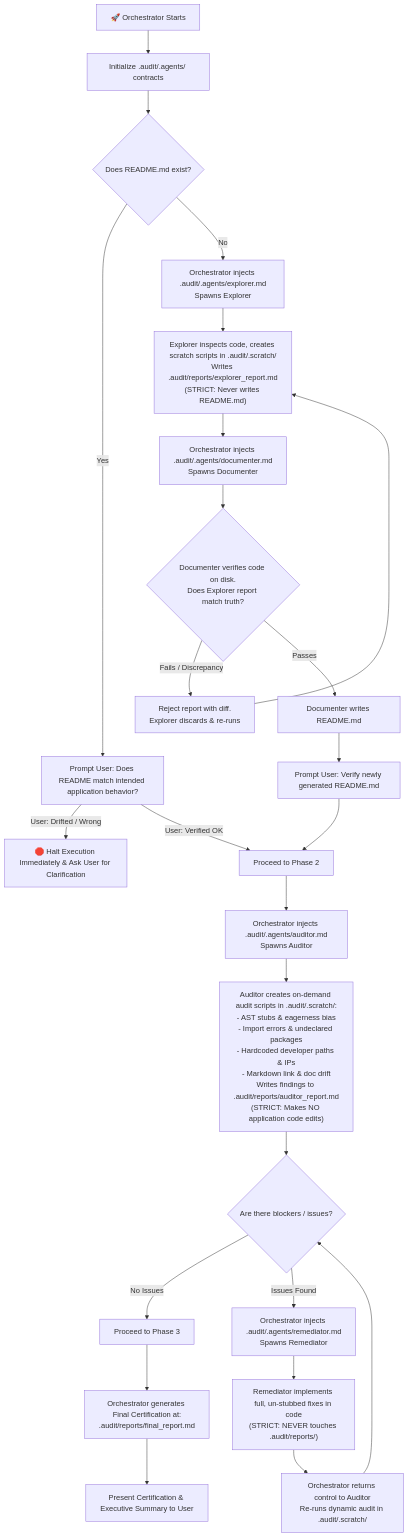
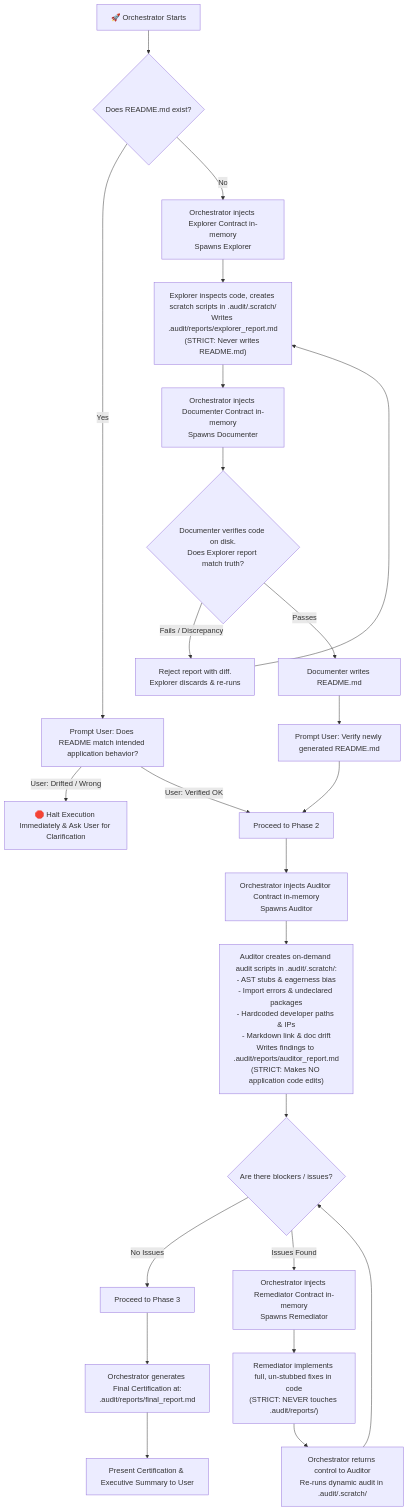
One commit to subhasishsaha/repo-push-skill changed the diagram in skills/repo-push/SKILL.md. Above: the diagram before and after it, drawn with Mermaid. The commit also changed other lines of this file and 2 other files, not shown here.

Commit message:
refactor: inject subagent behavioral contracts in-memory to prevent .audit/.agents/ disk clutter

````diff
--- a/skills/repo-push/SKILL.md
+++ b/skills/repo-push/SKILL.md
@@ -36,34 +29,33 @@
 ```mermaid
 flowchart TD
-    Start["🚀 Orchestrator Starts"] --> InitAgents["Initialize .audit/.agents/ contracts"]
-    InitAgents --> CheckReadme{"Does README.md exist?"}
+    Start["🚀 Orchestrator Starts"] --> CheckReadme{"Does README.md exist?"}
     
     %% Phase 1
     CheckReadme -->|Yes| VerifyWithUser["Prompt User: Does README match intended application behavior?"]
     VerifyWithUser -->|User: Drifted / Wrong| HaltUser["🛑 Halt Execution Immediately & Ask User for Clarification"]
     VerifyWithUser -->|User: Verified OK| Phase2["Proceed to Phase 2"]
     
-    CheckReadme -->|No| LaunchExp["Orchestrator injects .audit/.agents/explorer.md\nSpawns Explorer"]
+    CheckReadme -->|No| LaunchExp["Orchestrator injects Explorer Contract in-memory\nSpawns Explorer"]
     LaunchExp --> ExpWork["Explorer inspects code, creates scratch scripts in .audit/.scratch/\nWrites .audit/reports/explorer_report.md\n(STRICT: Never writes README.md)"]
-    ExpWork --> LaunchDoc["Orchestrator injects .audit/.agents/documenter.md\nSpawns Documenter"]
+    ExpWork --> LaunchDoc["Orchestrator injects Documenter Contract in-memory\nSpawns Documenter"]
     LaunchDoc --> DocVerify{"Documenter verifies code on disk.\nDoes Explorer report match truth?"}
     DocVerify -->|Fails / Discrepancy| ExpRetry["Reject report with diff.\nExplorer discards & re-runs"]
     ExpRetry --> ExpWork
     DocVerify -->|Passes| DocDraft["Documenter writes README.md"]
     DocDraft --> VerifyNewReadme["Prompt User: Verify newly generated README.md"]
     VerifyNewReadme --> Phase2
 
     %% Phase 2
-    Phase2 --> LaunchAud["Orchestrator injects .audit/.agents/auditor.md\nSpawns Auditor"]
+    Phase2 --> LaunchAud["Orchestrator injects Auditor Contract in-memory\nSpawns Auditor"]
     LaunchAud --> AudWork["Auditor creates on-demand audit scripts in .audit/.scratch/:\n- AST stubs & eagerness bias\n- Import errors & undeclared packages\n- Hardcoded developer paths & IPs\n- Markdown link & doc drift\nWrites findings to .audit/reports/auditor_report.md\n(STRICT: Makes NO application code edits)"]
     AudWork --> CheckIssues{"Are there blockers / issues?"}
     CheckIssues -->|No Issues| Phase3["Proceed to Phase 3"]
-    CheckIssues -->|Issues Found| LaunchRem["Orchestrator injects .audit/.agents/remediator.md\nSpawns Remediator"]
+    CheckIssues -->|Issues Found| LaunchRem["Orchestrator injects Remediator Contract in-memory\nSpawns Remediator"]
     LaunchRem --> RemWork["Remediator implements full, un-stubbed fixes in code\n(STRICT: NEVER touches .audit/reports/)"]
     RemWork --> AudRecheck["Orchestrator returns control to Auditor\nRe-runs dynamic audit in .audit/.scratch/"]
     AudRecheck --> CheckIssues
 
     %% Phase 3
     Phase3 --> FinalReport["Orchestrator generates Final Certification at:\n.audit/reports/final_report.md"]
     FinalReport --> PresentUser["Present Certification & Executive Summary to User"]
 ```
````
